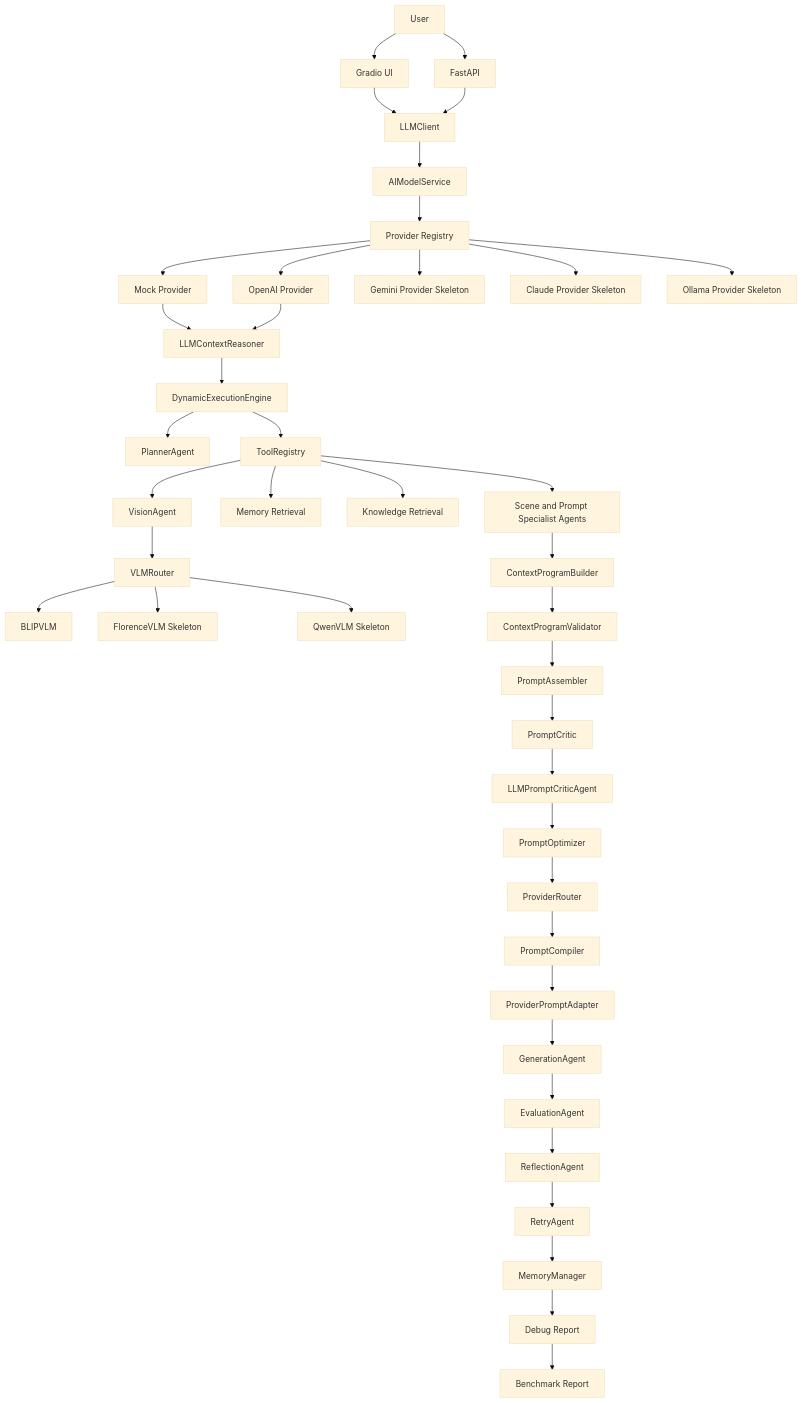
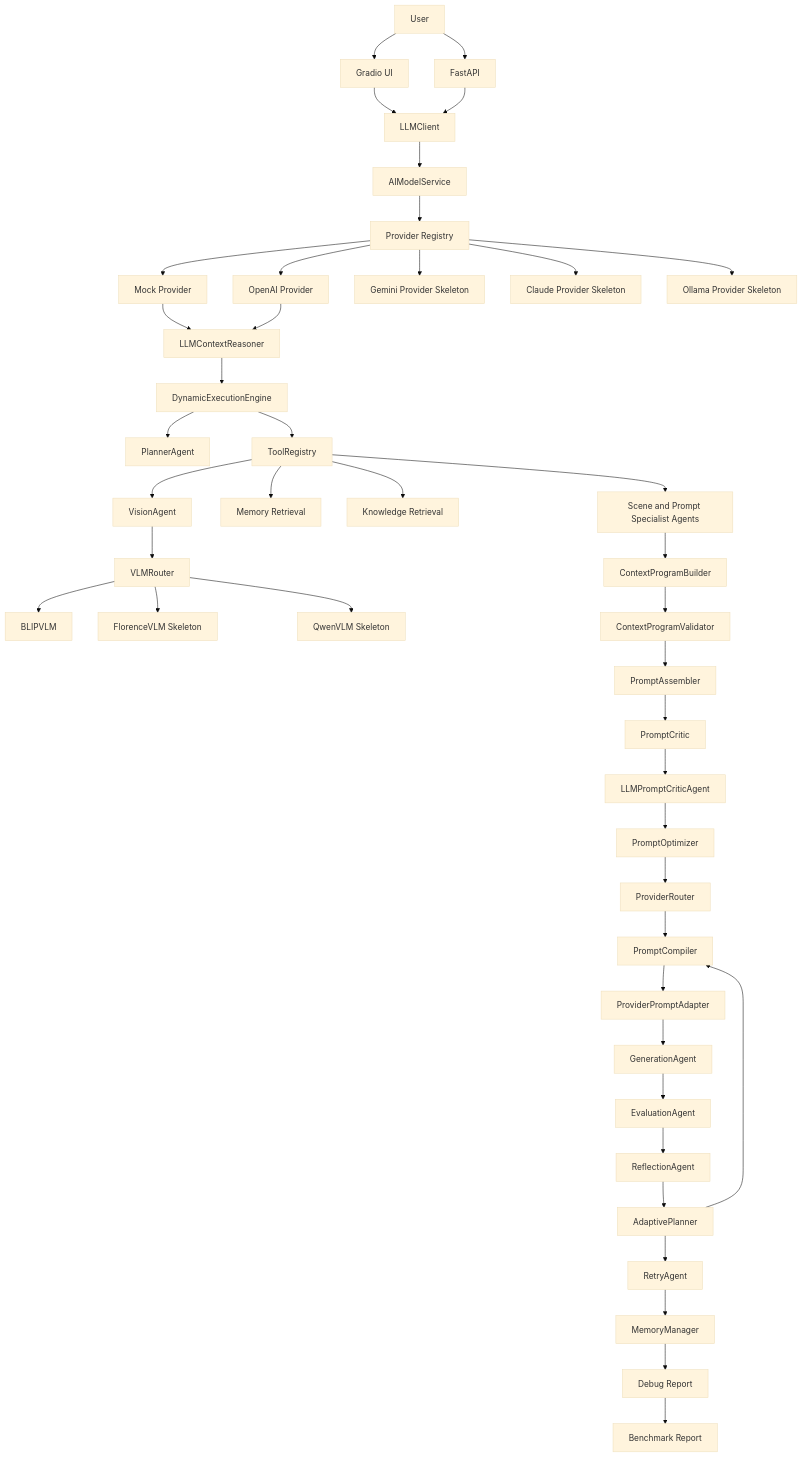
One commit to wooyybb/multimodal-ai-agent-playground changed the diagram in docs/architecture.md. Above: the diagram before and after it, drawn with Mermaid (base theme). The commit also changed other lines of this file and 14 other files, not shown here.

Commit message:
feat(agent): implement adaptive planning loop and AI framework refinement

````diff
--- a/docs/architecture.md
+++ b/docs/architecture.md
@@ -65,43 +66,45 @@
 ```mermaid
 flowchart TD
     U[User] --> UI[Gradio UI]
     U --> API[FastAPI]
     UI --> LC[LLMClient]
     API --> LC
     LC --> AMS[AIModelService]
     AMS --> REG[Provider Registry]
     REG --> ML[Mock Provider]
     REG --> OAI[OpenAI Provider]
     REG --> GEM[Gemini Provider Skeleton]
     REG --> CLA[Claude Provider Skeleton]
     REG --> OLL[Ollama Provider Skeleton]
     ML --> LR[LLMContextReasoner]
     OAI --> LR
     LR --> E[DynamicExecutionEngine]
     E --> P[PlannerAgent]
     E --> R[ToolRegistry]
     R --> V[VisionAgent]
     V --> VR[VLMRouter]
     VR --> BLIP[BLIPVLM]
     VR --> FLO[FlorenceVLM Skeleton]
     VR --> QW[QwenVLM Skeleton]
     R --> M1[Memory Retrieval]
     R --> K[Knowledge Retrieval]
     R --> S[Scene and Prompt Specialist Agents]
     S --> CP[ContextProgramBuilder]
     CP --> CV[ContextProgramValidator]
     CV --> PA[PromptAssembler]
     PA --> PC[PromptCritic]
     PC --> LPC[LLMPromptCriticAgent]
     LPC --> PO[PromptOptimizer]
     PO --> PR[ProviderRouter]
     PR --> PCMP[PromptCompiler]
     PCMP --> PPA[ProviderPromptAdapter]
     PPA --> G[GenerationAgent]
     G --> EV[EvaluationAgent]
     EV --> RF[ReflectionAgent]
-    RF --> RT[RetryAgent]
+    RF --> AP[AdaptivePlanner]
+    AP --> PCMP
+    AP --> RT[RetryAgent]
     RT --> MM[MemoryManager]
     MM --> DR[Debug Report]
     DR --> B[Benchmark Report]
 ```
````
